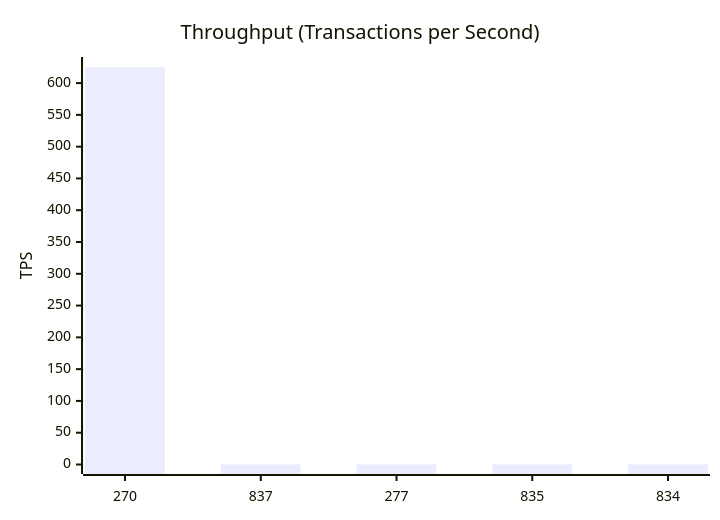
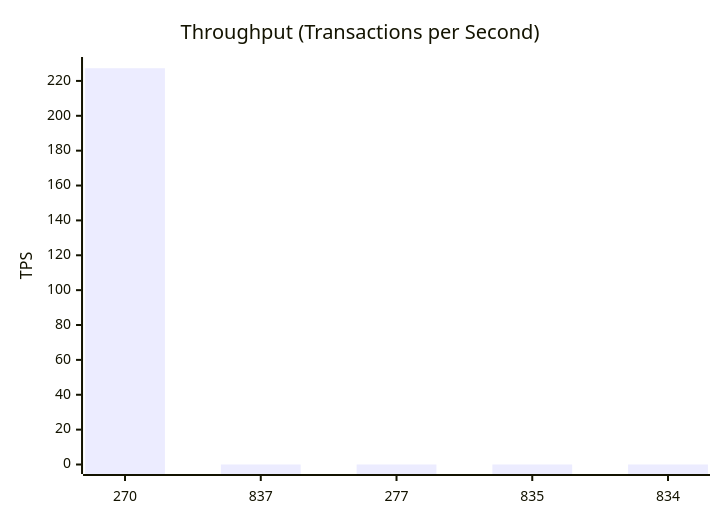
Before and after one commit to dhagan-va/intern-2025: the third of 11 diagrams in test-tools/DataGen/src/Statistics_Visualizer.md, drawn with Mermaid. The commit also changed other lines of this file and 2 other files, not shown here.

````diff
--- a/test-tools/DataGen/src/Statistics_Visualizer.md
+++ b/test-tools/DataGen/src/Statistics_Visualizer.md
@@ -40,7 +40,7 @@
 ```mermaid
 xychart-beta
     title "Throughput (Transactions per Second)"
     x-axis ["270", "837", "277", "835", "834"]
-    y-axis "TPS" 0 --> 626.0781347668459
-    bar [625.0781347668459, 0.0, 0.0, 0.0, 0.0]
+    y-axis "TPS" 0 --> 228.27272727272728
+    bar [227.27272727272728, 0.0, 0.0, 0.0, 0.0]
 ```
````
